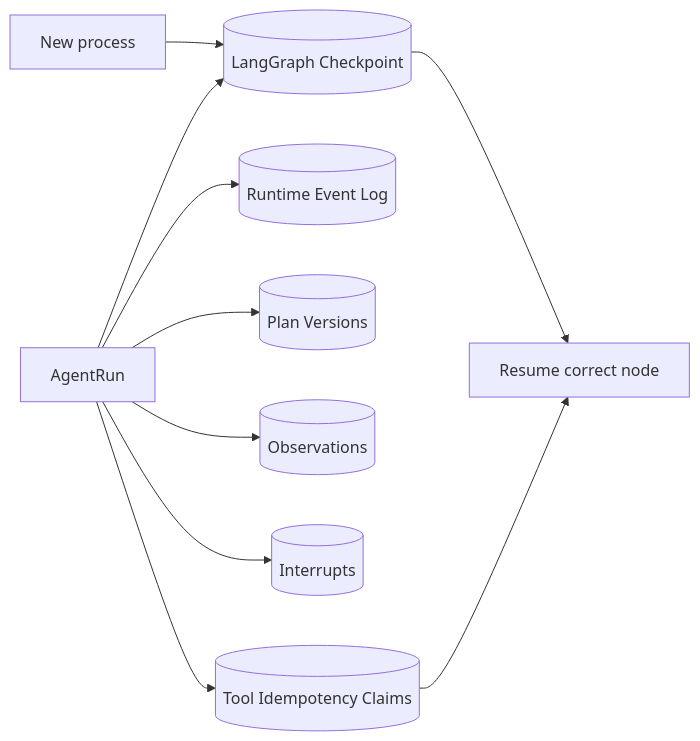
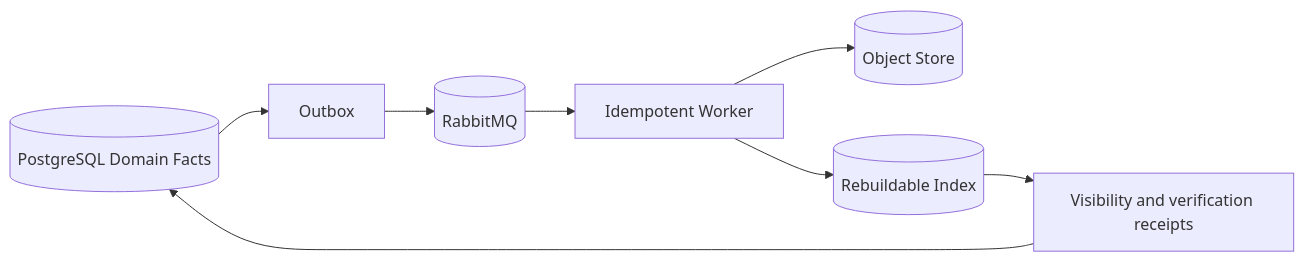
Diagram 11 of 30 in docs/architecture/architecture-views.md (ProfessorZhi/Zuno), drawn with Mermaid before and after one commit. The commit also changed other lines of this file and 14 other files, not shown here.

Commit message:
docs: align total architecture with canonical module designs

````diff
--- a/docs/architecture/architecture-views.md
+++ b/docs/architecture/architecture-views.md
@@ -218,12 +174,10 @@
 ```mermaid
 flowchart LR
-  Run[AgentRun] --> Checkpoint[(LangGraph Checkpoint)]
-  Run --> Events[(Runtime Event Log)]
-  Run --> Plans[(Plan Versions)]
-  Run --> Observations[(Observations)]
-  Run --> Interrupts[(Interrupts)]
-  Run --> Claims[(Tool Idempotency Claims)]
-  Restart[New process] --> Checkpoint
-  Checkpoint --> Resume[Resume correct node]
-  Claims --> Resume
+  PG[(PostgreSQL Domain Facts)] --> OUTBOX[Outbox]
+  OUTBOX --> Q[(RabbitMQ)]
+  Q --> WORKER[Idempotent Worker]
+  WORKER --> OBJ[(Object Store)]
+  WORKER --> INDEX[(Rebuildable Index)]
+  INDEX --> RECEIPT[Visibility and verification receipts]
+  RECEIPT --> PG
 ```
````
